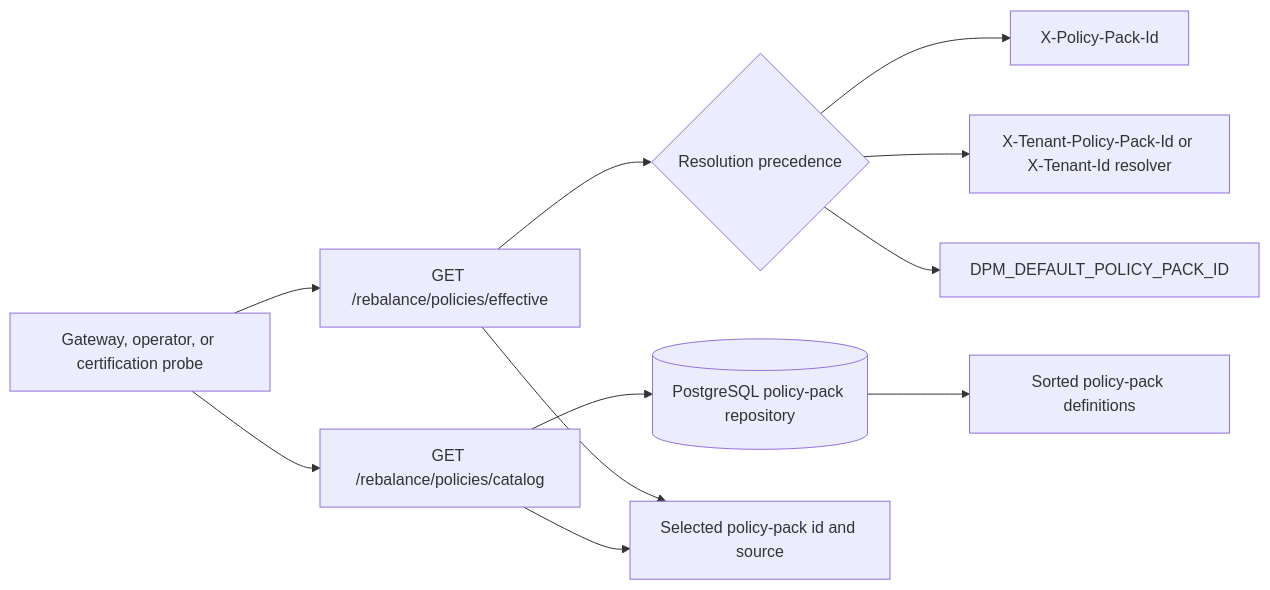
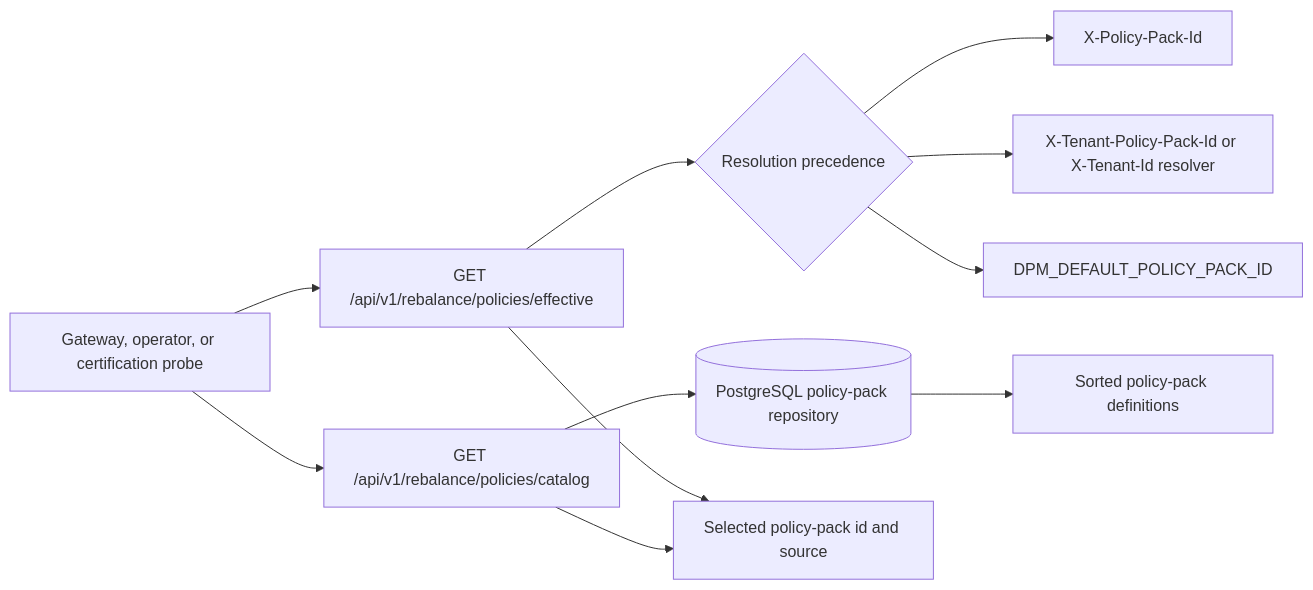
Before and after one commit to sgajbi/lotus-manage: the second of 5 diagrams in wiki/Endpoint-Certification.md, drawn with Mermaid. The commit also changed other lines of this file and 27 other files, not shown here.

````diff
--- a/wiki/Endpoint-Certification.md
+++ b/wiki/Endpoint-Certification.md
@@ -178,13 +173,13 @@
 ```mermaid
 flowchart LR
-    Caller[Gateway, operator, or certification probe] --> Effective[GET /rebalance/policies/effective]
-    Caller --> Catalog[GET /rebalance/policies/catalog]
+    Caller[Gateway, operator, or certification probe] --> Effective[GET /api/v1/rebalance/policies/effective]
+    Caller --> Catalog[GET /api/v1/rebalance/policies/catalog]
     Effective --> Precedence{Resolution precedence}
     Precedence --> Request[X-Policy-Pack-Id]
     Precedence --> Tenant[X-Tenant-Policy-Pack-Id or X-Tenant-Id resolver]
     Precedence --> Global[DPM_DEFAULT_POLICY_PACK_ID]
     Catalog --> Repo[(PostgreSQL policy-pack repository)]
     Repo --> Items[Sorted policy-pack definitions]
     Effective --> Selection[Selected policy-pack id and source]
     Catalog --> Selection
 ```
````
